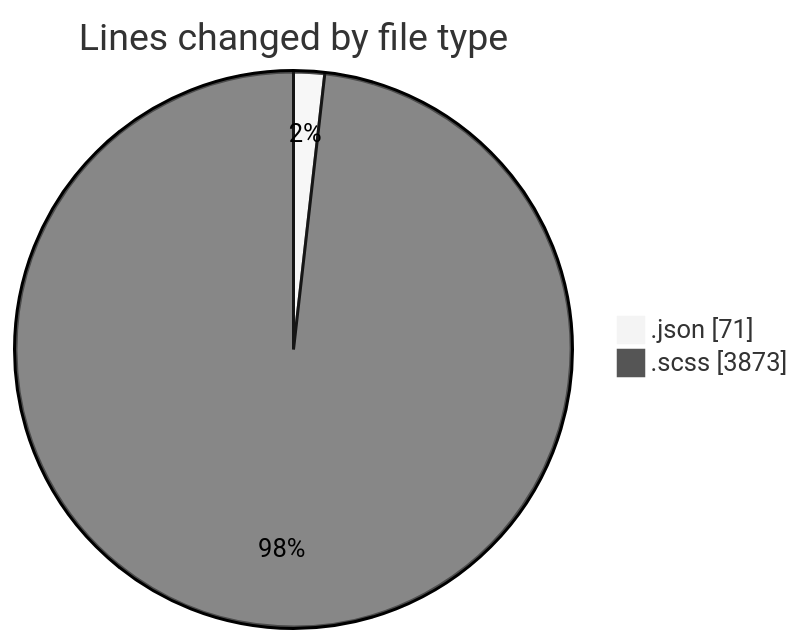
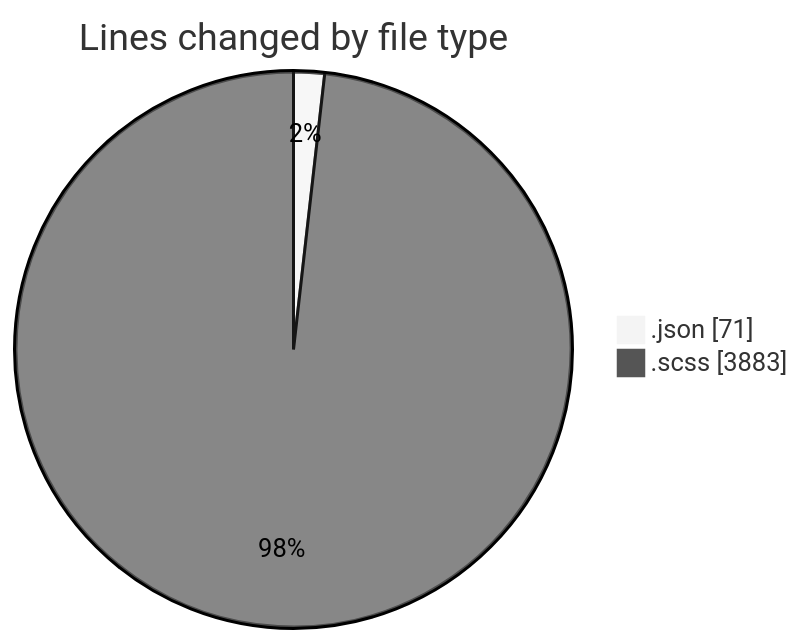
The first of 2 diagrams in 2026-01-22/cda/README.md (momahboobian/code-tracking), drawn with Mermaid (neutral theme) before and after one commit. The commit also changed other lines of this file and 1 other file, not shown here.

````diff
--- a/2026-01-22/cda/README.md
+++ b/2026-01-22/cda/README.md
@@ -50,6 +50,6 @@
 ```mermaid
 pie showData
 title Lines changed by file type
 ".json" : 71
-".scss" : 3873
+".scss" : 3883
 ```
````
